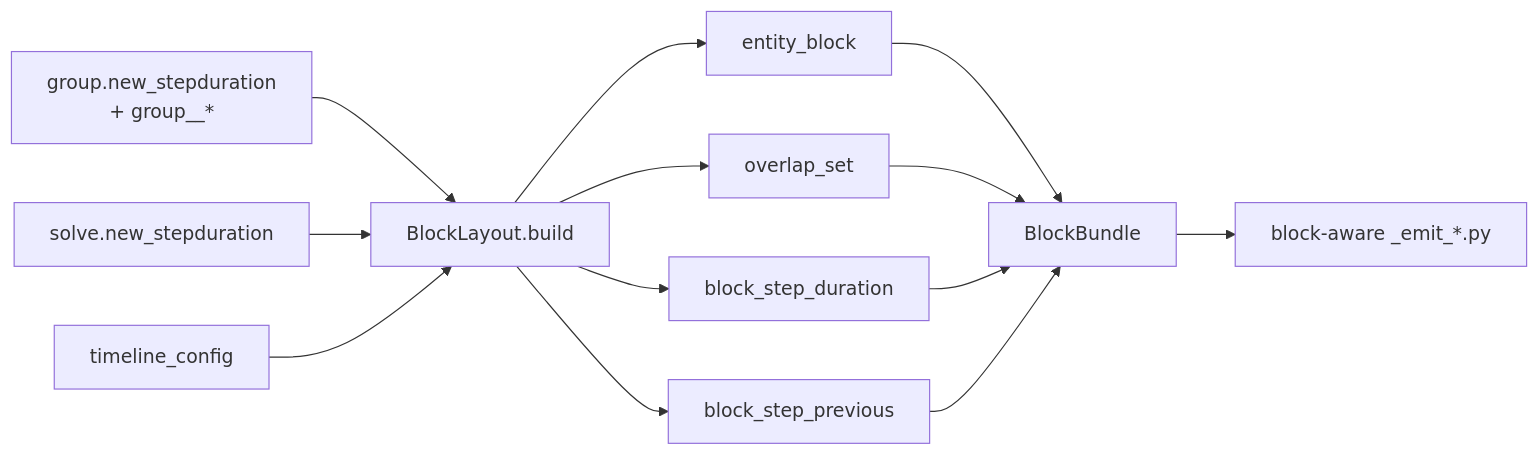
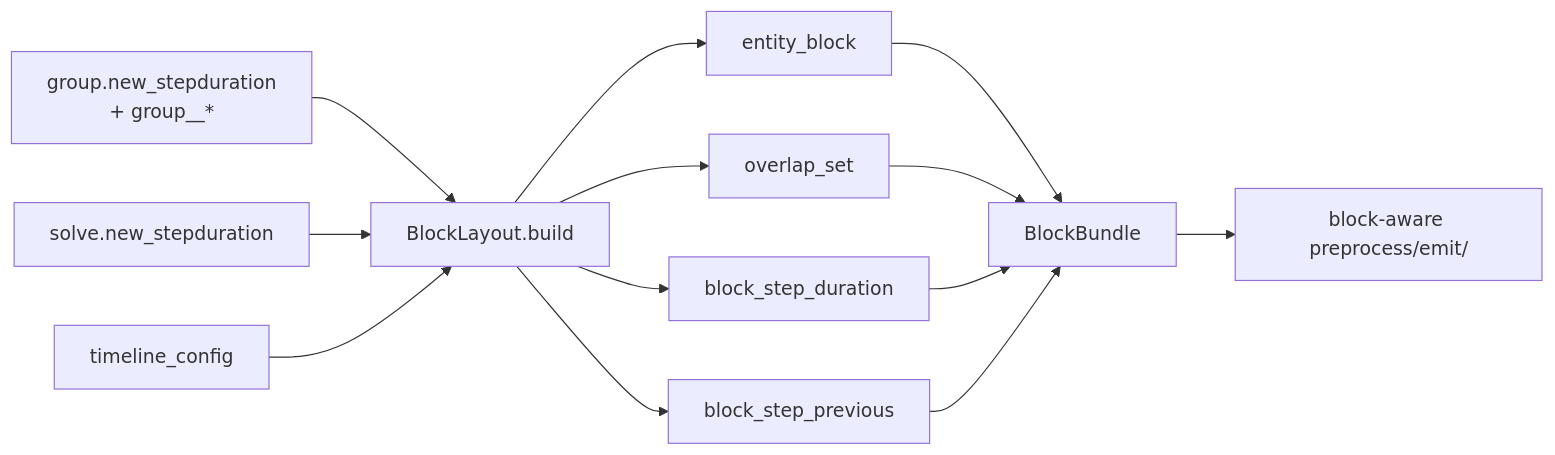
One commit to irena-flextool/flextool changed the second of 2 diagrams in docs/dev/decomposition.md. Above: the diagram before and after it, drawn with Mermaid. The commit also changed other lines of this file and 8 other files, not shown here.

````diff
--- a/docs/dev/decomposition.md
+++ b/docs/dev/decomposition.md
@@ -349,12 +349,12 @@
 ```mermaid
 flowchart LR
     A[group.new_stepduration<br/>+ group__*] --> B[BlockLayout.build]
     C[solve.new_stepduration] --> B
     D[timeline_config] --> B
     B --> E[entity_block]
     B --> F[overlap_set]
     B --> G[block_step_duration]
     B --> H[block_step_previous]
     E & F & G & H --> I[BlockBundle]
-    I --> J[block-aware _emit_*.py]
+    I --> J[block-aware preprocess/emit/]
 ```
````
